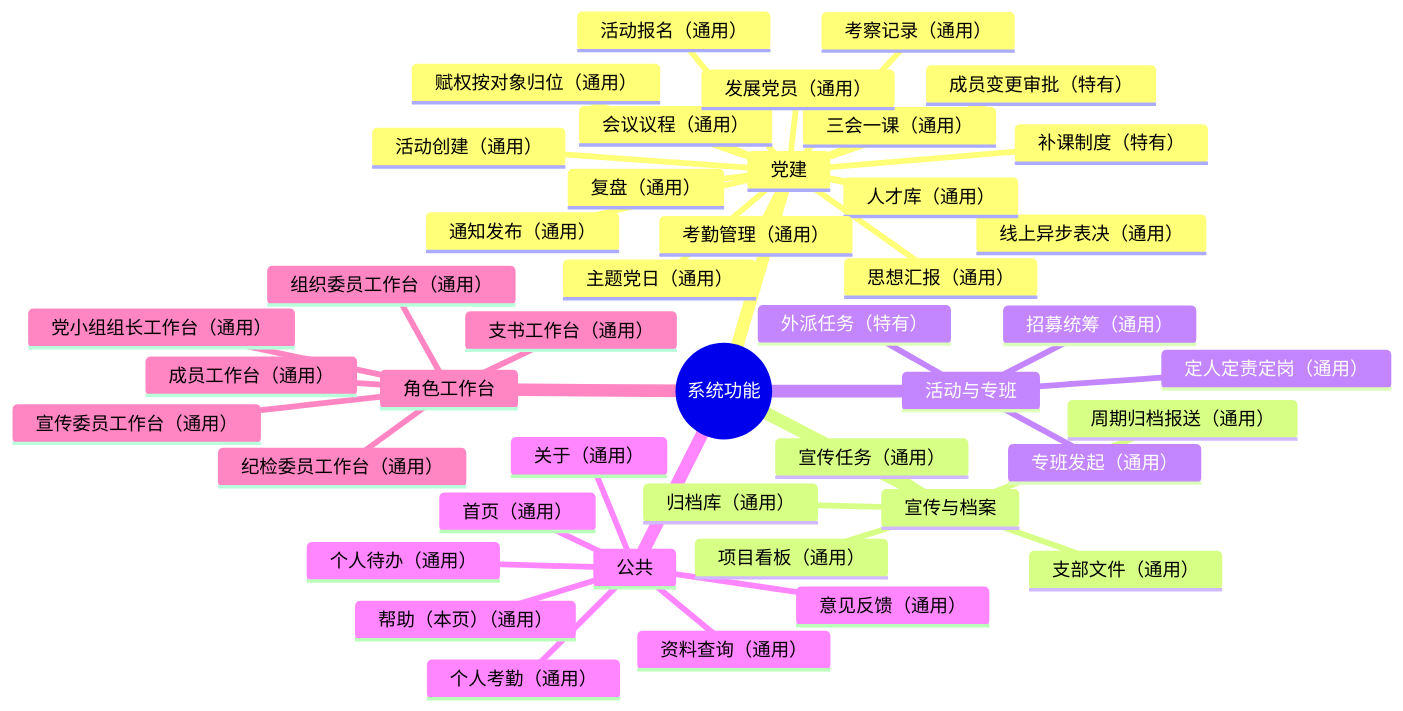
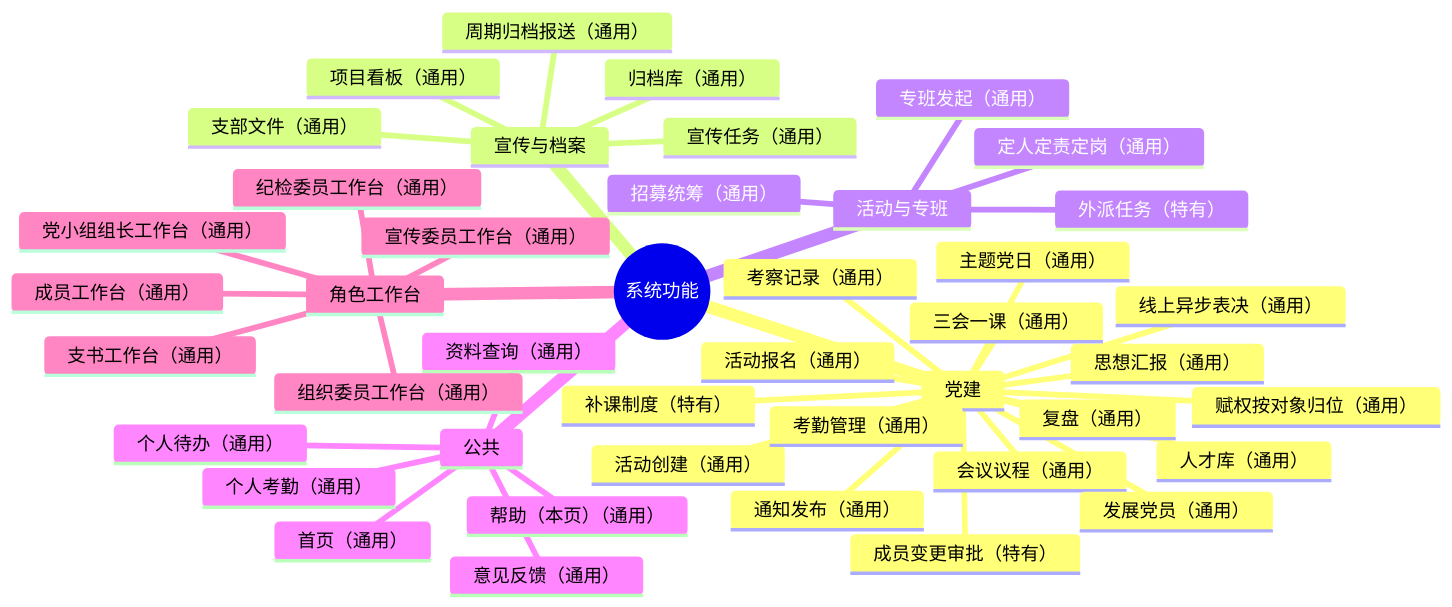
The diagram in README.md (czhgo/GSM1921-SOP), drawn with Mermaid before and after one commit. The commit also changed other lines of this file and 75 other files, not shown here.

````diff
--- a/README.md
+++ b/README.md
@@ -66,47 +65,46 @@
 ```mermaid
 mindmap
   root((系统功能))
     党建
       活动创建（通用）
       会议议程（通用）
       三会一课（通用）
       主题党日（通用）
       活动报名（通用）
       赋权按对象归位（通用）
       通知发布（通用）
       线上异步表决（通用）
       发展党员（通用）
       人才库（通用）
       考察记录（通用）
       考勤管理（通用）
       补课制度（特有）
       复盘（通用）
       思想汇报（通用）
       成员变更审批（特有）
     宣传与档案
       宣传任务（通用）
       项目看板（通用）
       周期归档报送（通用）
       支部文件（通用）
       归档库（通用）
     活动与专班
       专班发起（通用）
       招募统筹（通用）
       定人定责定岗（通用）
       外派任务（特有）
     公共
       首页（通用）
       资料查询（通用）
       意见反馈（通用）
       个人待办（通用）
       个人考勤（通用）
       帮助（本页）（通用）
-      关于（通用）
     角色工作台
       支书工作台（通用）
       组织委员工作台（通用）
       宣传委员工作台（通用）
       纪检委员工作台（通用）
       党小组组长工作台（通用）
       成员工作台（通用）
 ```
````
